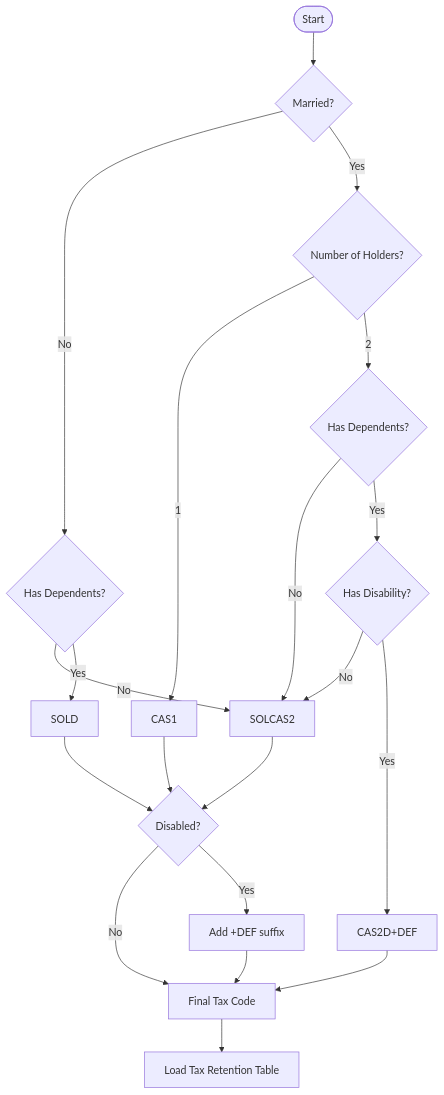
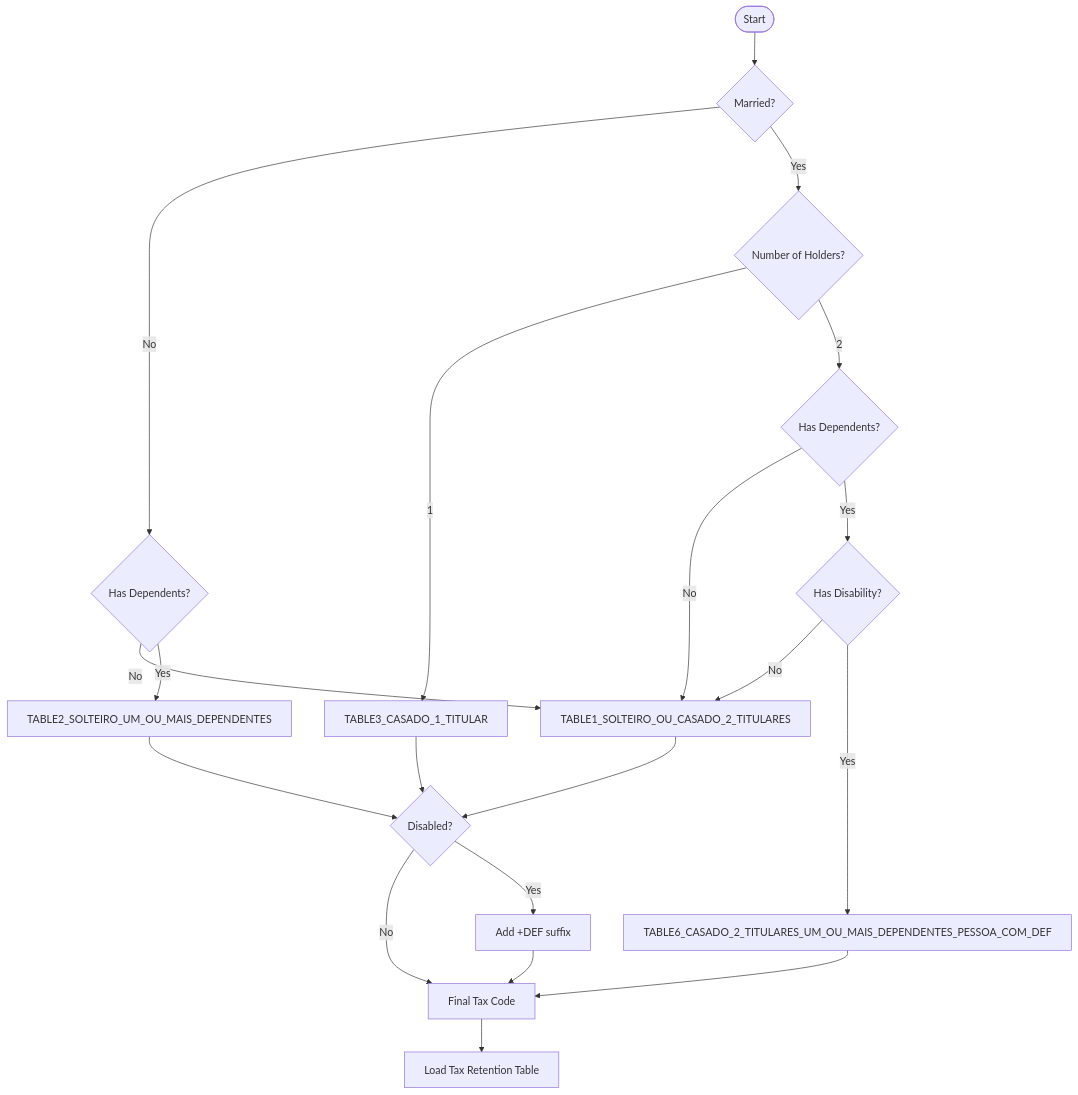
One commit to franciscobmacedo/saldo changed the third of 6 diagrams in docs/src/content/mermaid.mdx. Above: the diagram before and after it, drawn with Mermaid. The commit also changed other lines of this file and 26 other files, not shown here.

````diff
--- a/docs/src/content/mermaid.mdx
+++ b/docs/src/content/mermaid.mdx
@@ -80,30 +80,30 @@
 ```mermaid
 flowchart TD
     Start([Start]) --> Married{Married?}
     
     Married -->|No| SingleDeps{Has Dependents?}
     Married -->|Yes| Holders{Number of Holders?}
     
-    SingleDeps -->|No| SOLCAS2[SOLCAS2]
-    SingleDeps -->|Yes| SOLD[SOLD]
+    SingleDeps -->|No| TABLE1[TABLE1_SOLTEIRO_OU_CASADO_2_TITULARES]
+    SingleDeps -->|Yes| TABLE2[TABLE2_SOLTEIRO_UM_OU_MAIS_DEPENDENTES]
     
-    Holders -->|1| CAS1[CAS1]
+    Holders -->|1| TABLE3[TABLE3_CASADO_1_TITULAR]
     Holders -->|2| MarriedDeps{Has Dependents?}
     
-    MarriedDeps -->|No| SOLCAS2
+    MarriedDeps -->|No| TABLE1
     MarriedDeps -->|Yes| DisabledCheck{Has Disability?}
     
-    DisabledCheck -->|No| SOLCAS2
-    DisabledCheck -->|Yes| CAS2D_DEF[CAS2D+DEF]
+    DisabledCheck -->|No| TABLE1
+    DisabledCheck -->|Yes| TABLE6[TABLE6_CASADO_2_TITULARES_UM_OU_MAIS_DEPENDENTES_PESSOA_COM_DEF]
     
-    SOLCAS2 --> Disabled{Disabled?}
-    SOLD --> Disabled
-    CAS1 --> Disabled
+    TABLE1 --> Disabled{Disabled?}
+    TABLE2 --> Disabled
+    TABLE3 --> Disabled
     
     Disabled -->|No| FinalCode[Final Tax Code]
     Disabled -->|Yes| AddDEF[Add +DEF suffix]
     AddDEF --> FinalCode
-    CAS2D_DEF --> FinalCode
+    TABLE6 --> FinalCode
     
     FinalCode --> LoadTable[Load Tax Retention Table]
 ```
````
